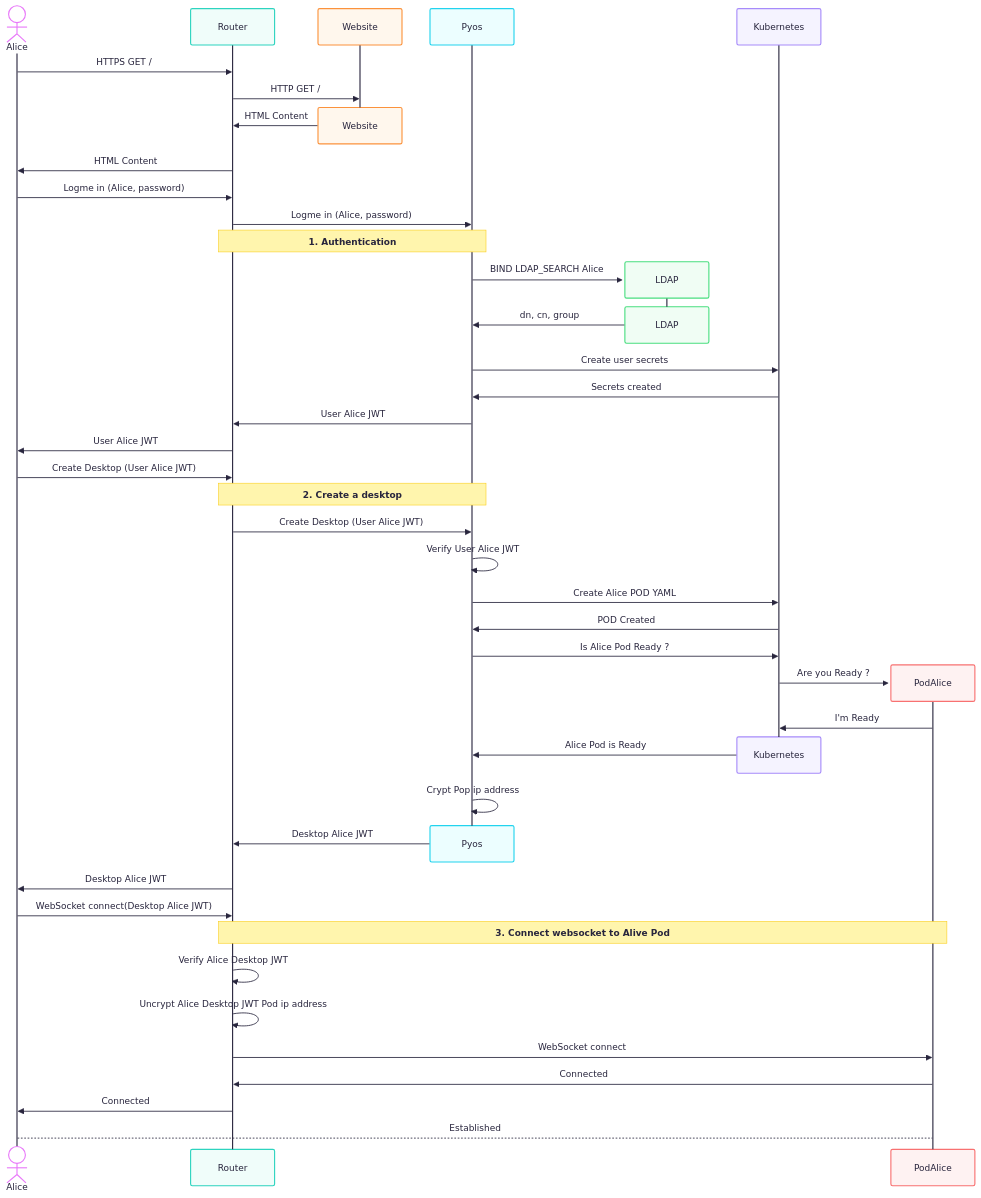
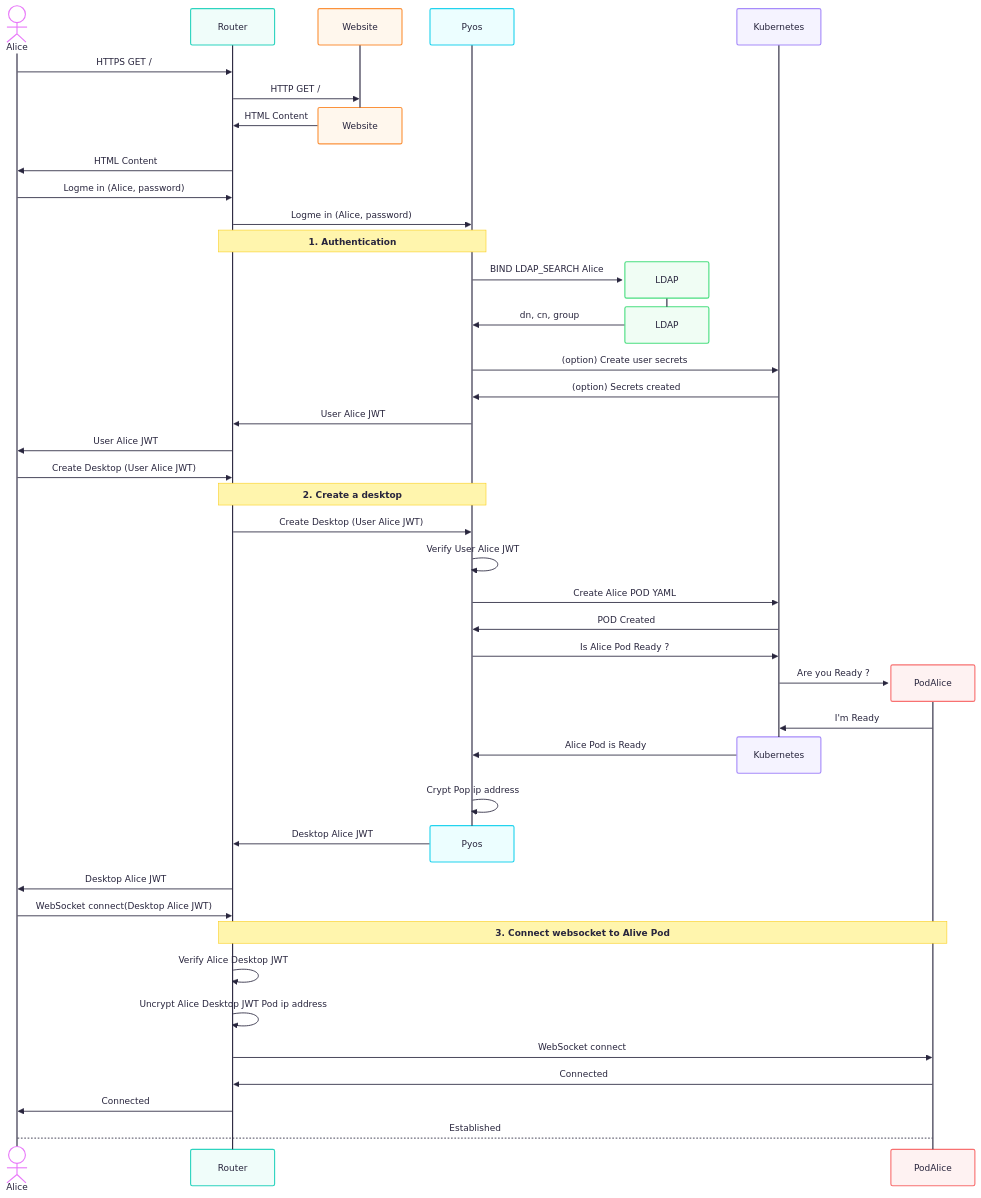
The diagram in opsdocs/docs/architecture.md (abcdesktopio/docs), drawn with Mermaid before and after one commit. The commit also changed other lines of this file, not shown here.

````diff
--- a/opsdocs/docs/architecture.md
+++ b/opsdocs/docs/architecture.md
@@ -6,49 +6,49 @@
 ``` mermaid
 ---
 config:
   theme: redux-color
 ---
 sequenceDiagram
     actor Alice
     Alice->>Router: HTTPS GET /
     Router->>Website: HTTP GET /
     destroy Website
     Website->>Router: HTML Content
     Router->>Alice: HTML Content
     Alice->>Router: Logme in (Alice, password)
     Router->>Pyos: Logme in (Alice, password)
     Note over Router,Pyos: 1. Authentication
     Create participant LDAP
     Pyos->>LDAP: BIND LDAP_SEARCH Alice
     destroy LDAP
     LDAP->>Pyos: dn, cn, group
-    Pyos->>Kubernetes: Create user secrets
-    Kubernetes->>Pyos: Secrets created
+    Pyos->>Kubernetes: (option) Create user secrets
+    Kubernetes->>Pyos: (option) Secrets created
     Pyos->>Router: User Alice JWT
     Router->>Alice: User Alice JWT
     Alice->>Router: Create Desktop (User Alice JWT)
     Note over Router,Pyos: 2. Create a desktop
     Router->>Pyos: Create Desktop (User Alice JWT)
     Pyos->>Pyos: Verify User Alice JWT
     Pyos->>Kubernetes: Create Alice POD YAML
     Kubernetes->>Pyos: POD Created
     Pyos->>Kubernetes: Is Alice Pod Ready ?
     Create participant PodAlice
     Kubernetes->>PodAlice: Are you Ready ?
     PodAlice->>Kubernetes: I'm Ready
     destroy Kubernetes
     Kubernetes->>Pyos: Alice Pod is Ready
     Pyos->>Pyos: Crypt Pop ip address
     destroy Pyos
     Pyos->>Router: Desktop Alice JWT
     Router->>Alice: Desktop Alice JWT
     Alice->>Router: WebSocket connect(Desktop Alice JWT)
     Note over Router,PodAlice: 3. Connect websocket to Alive Pod
     Router->>Router: Verify Alice Desktop JWT
     Router->>Router: Uncrypt Alice Desktop JWT Pod ip address
     Router->>PodAlice: WebSocket connect
     PodAlice->>Router: Connected
     Router->>Alice: Connected
     Alice-->PodAlice: Established
 
 ```
````
